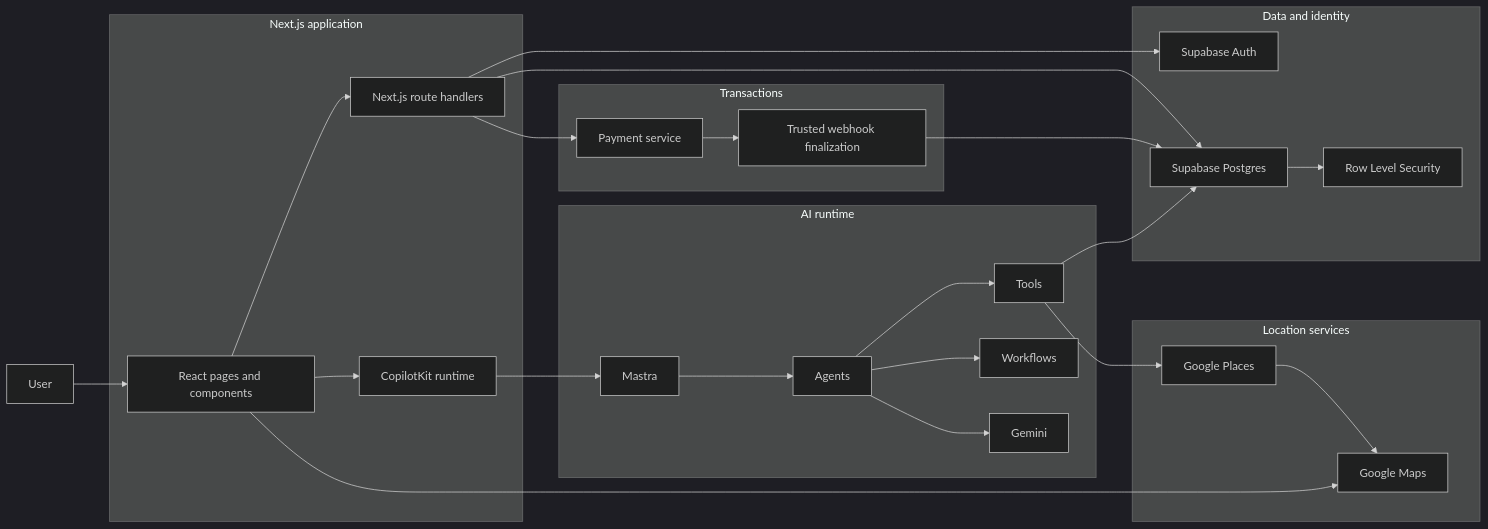
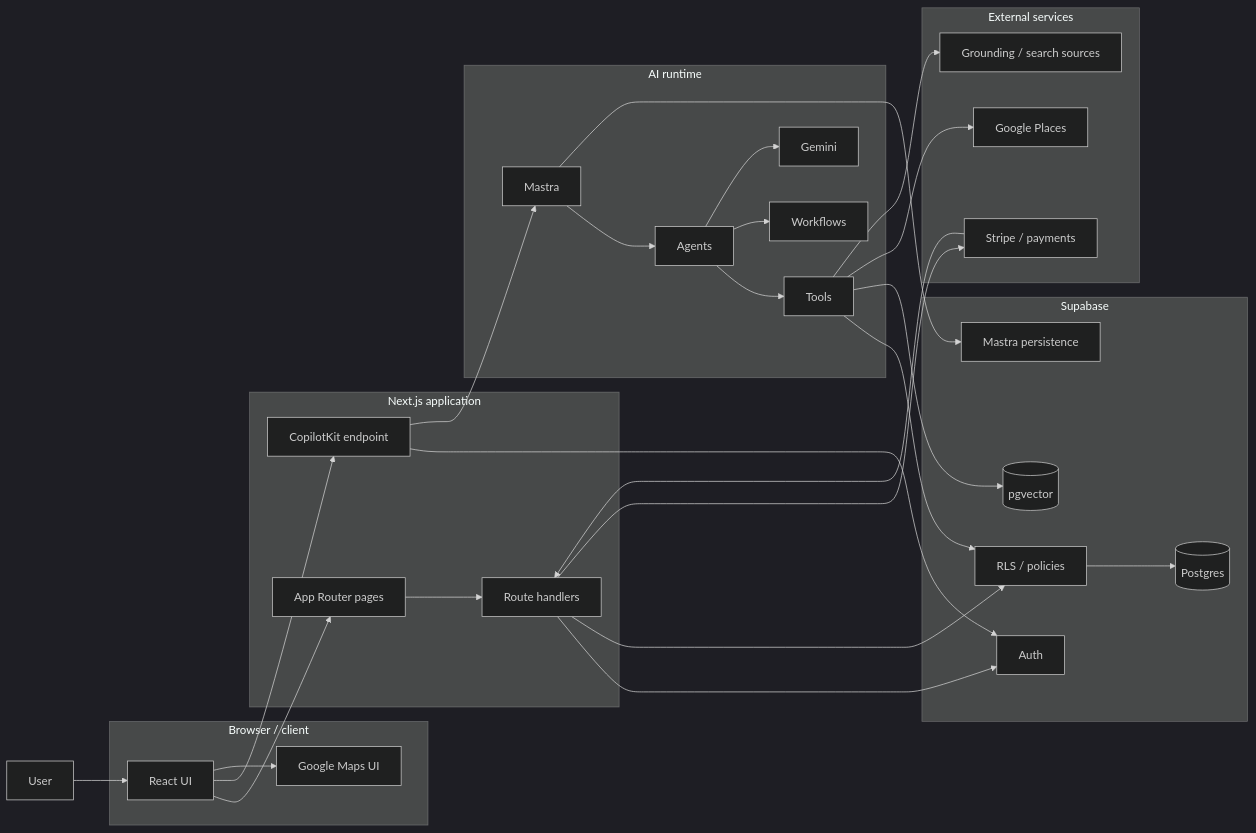
Before and after one commit to amoai-tech/mdeai: the first of 12 diagrams in docs/02-architecture/system-overview.md, drawn with Mermaid (dark theme). The commit also changed other lines of this file, not shown here.

Commit message:
docs: expand system architecture with live data flows

````diff
--- a/docs/02-architecture/system-overview.md
+++ b/docs/02-architecture/system-overview.md
@@ -41,53 +46,63 @@
 ```mermaid
 flowchart LR
     USER[User]
 
+    subgraph CLIENT[Browser / client]
+        UI[React UI]
+        MAP[Google Maps UI]
+    end
+
     subgraph APP[Next.js application]
-        UI[React pages and components]
-        API[Next.js route handlers]
-        CK[CopilotKit runtime]
+        PAGES[App Router pages]
+        API[Route handlers]
+        CK[CopilotKit endpoint]
     end
 
     subgraph AI[AI runtime]
         MASTRA[Mastra]
         AGENTS[Agents]
         TOOLS[Tools]
         WF[Workflows]
         GEMINI[Gemini]
     end
 
-    subgraph DATA[Data and identity]
-        AUTH[Supabase Auth]
-        DB[Supabase Postgres]
-        RLS[Row Level Security]
+    subgraph DATA[Supabase]
+        AUTH[Auth]
+        RLS[RLS / policies]
+        DB[(Postgres)]
+        VECTOR[(pgvector)]
+        MEMORY[Mastra persistence]
     end
 
-    subgraph GEO[Location services]
-        MAPS[Google Maps]
+    subgraph EXTERNAL[External services]
         PLACES[Google Places]
-    end
-
-    subgraph TX[Transactions]
-        PAY[Payment service]
-        WEBHOOK[Trusted webhook finalization]
+        PAY[Stripe / payments]
+        GROUND[Grounding / search sources]
     end
 
     USER --> UI
-    UI --> API
+    UI --> PAGES
     UI --> CK
+    UI --> MAP
+
+    PAGES --> API
+    API --> AUTH
+    API --> RLS
+    CK --> AUTH
     CK --> MASTRA
-    API --> AUTH
-    API --> DB
+
     MASTRA --> AGENTS
     AGENTS --> TOOLS
     AGENTS --> WF
     AGENTS --> GEMINI
-    TOOLS --> DB
+
+    TOOLS --> RLS
+    RLS --> DB
+    TOOLS --> VECTOR
+    MASTRA --> MEMORY
+
     TOOLS --> PLACES
-    UI --> MAPS
-    PLACES --> MAPS
-    DB --> RLS
+    TOOLS --> GROUND
     API --> PAY
-    PAY --> WEBHOOK
-    WEBHOOK --> DB
+    PAY --> API
 ```
````
